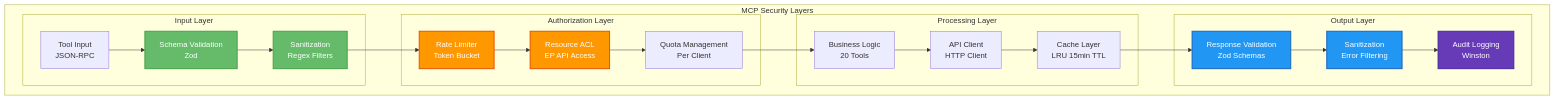
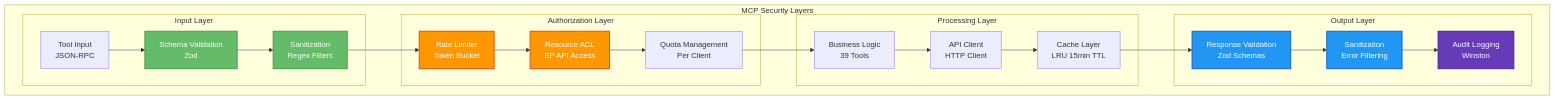
Before and after one commit to Hack23/European-Parliament-MCP-Server: diagram 23 of 27 in SECURITY_ARCHITECTURE.md, drawn with Mermaid. The commit also changed other lines of this file and 8 other files, not shown here.

````diff
--- a/SECURITY_ARCHITECTURE.md
+++ b/SECURITY_ARCHITECTURE.md
@@ -2847,48 +2847,48 @@
 ```mermaid
 graph TB
     subgraph "MCP Security Layers"
         subgraph "Input Layer"
             I1[Tool Input<br/>JSON-RPC]
             I2[Schema Validation<br/>Zod]
             I3[Sanitization<br/>Regex Filters]
         end
         
         subgraph "Authorization Layer"
             A1[Rate Limiter<br/>Token Bucket]
             A2[Resource ACL<br/>EP API Access]
             A3[Quota Management<br/>Per Client]
         end
         
         subgraph "Processing Layer"
-            P1[Business Logic<br/>20 Tools]
+            P1[Business Logic<br/>39 Tools]
             P2[API Client<br/>HTTP Client]
             P3[Cache Layer<br/>LRU 15min TTL]
         end
         
         subgraph "Output Layer"
             O1[Response Validation<br/>Zod Schemas]
             O2[Sanitization<br/>Error Filtering]
             O3[Audit Logging<br/>Winston]
         end
     end
     
     I1 --> I2
     I2 --> I3
     I3 --> A1
     A1 --> A2
     A2 --> A3
     A3 --> P1
     P1 --> P2
     P2 --> P3
     P3 --> O1
     O1 --> O2
     O2 --> O3
     
     style I2 fill:#66BB6A,stroke:#43A047,stroke-width:2px,color:white
     style I3 fill:#66BB6A,stroke:#43A047,stroke-width:2px,color:white
     style A1 fill:#FF9800,stroke:#E65100,stroke-width:2px,color:white
     style A2 fill:#FF9800,stroke:#E65100,stroke-width:2px,color:white
     style O1 fill:#2196F3,stroke:#1565C0,stroke-width:2px,color:white
     style O2 fill:#2196F3,stroke:#1565C0,stroke-width:2px,color:white
     style O3 fill:#673AB7,stroke:#4527A0,stroke-width:2px,color:white
 ```
````
